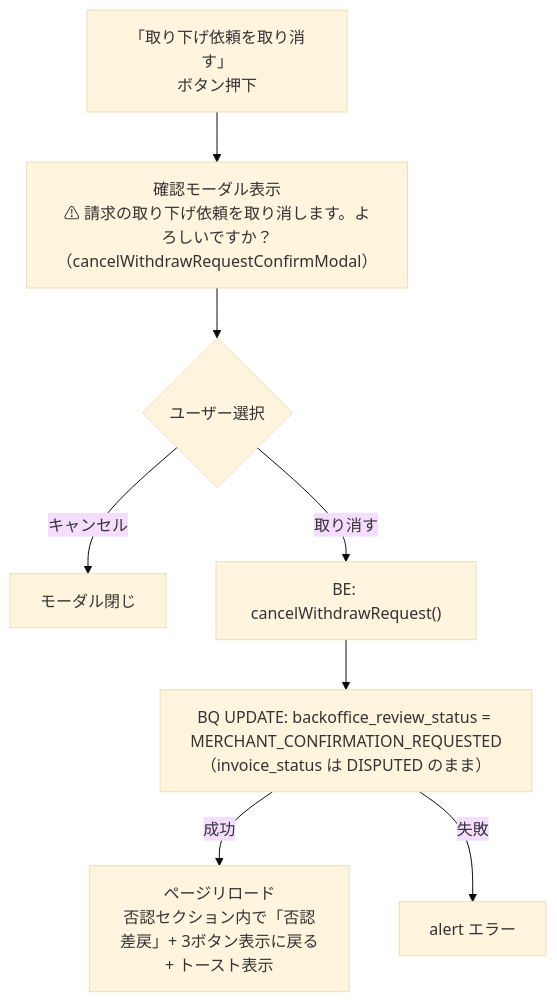
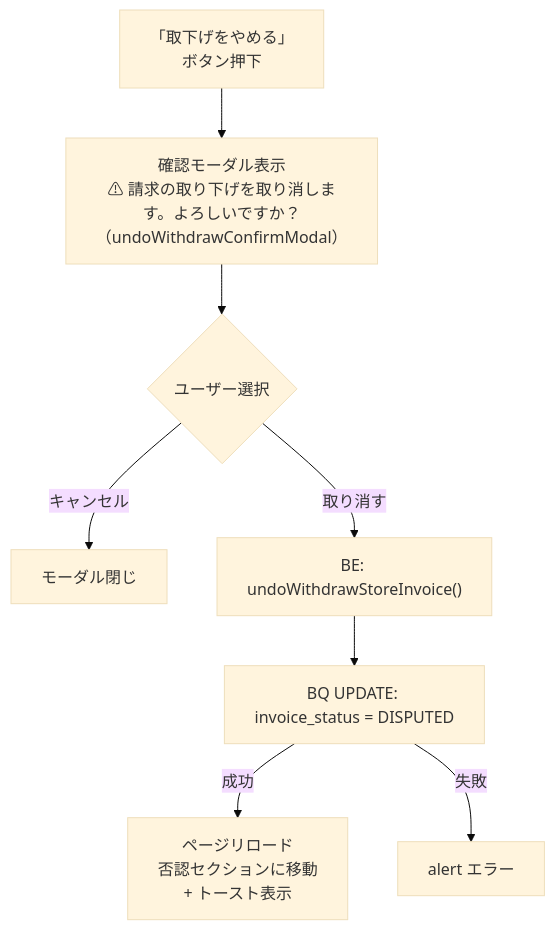
Before and after one commit to USEN-PAY-Products/connect-wholesale-gas-poc: diagram 13 of 17 in docs/specifications/04_detail_page.md, drawn with Mermaid (base theme). The commit also changed other lines of this file and 6 other files, not shown here.

````diff
--- a/docs/specifications/04_detail_page.md
+++ b/docs/specifications/04_detail_page.md
@@ -373,10 +364,10 @@
 ```mermaid
 flowchart TD
-    START["「取り下げ依頼を取り消す」\nボタン押下"] --> DIALOG["確認モーダル表示\n⚠ 請求の取り下げ依頼を取り消します。よろしいですか？\n（cancelWithdrawRequestConfirmModal）"]
+    START["「取下げをやめる」\nボタン押下"] --> DIALOG["確認モーダル表示\n⚠ 請求の取り下げを取り消します。よろしいですか？\n（undoWithdrawConfirmModal）"]
     DIALOG --> CANCEL{"ユーザー選択"}
     CANCEL -->|キャンセル| CLOSE["モーダル閉じ"]
-    CANCEL -->|取り消す| BE["BE: cancelWithdrawRequest()"]
-    BE --> BQ["BQ UPDATE: backoffice_review_status = MERCHANT_CONFIRMATION_REQUESTED\n（invoice_status は DISPUTED のまま）"]
-    BQ -->|成功| RELOAD["ページリロード\n否認セクション内で「否認差戻」+ 3ボタン表示に戻る\n+ トースト表示"]
+    CANCEL -->|取り消す| BE["BE: undoWithdrawStoreInvoice()"]
+    BE --> BQ["BQ UPDATE: invoice_status = DISPUTED"]
+    BQ -->|成功| RELOAD["ページリロード\n否認セクションに移動\n+ トースト表示"]
     BQ -->|失敗| FAIL["alert エラー"]
 ```
````
